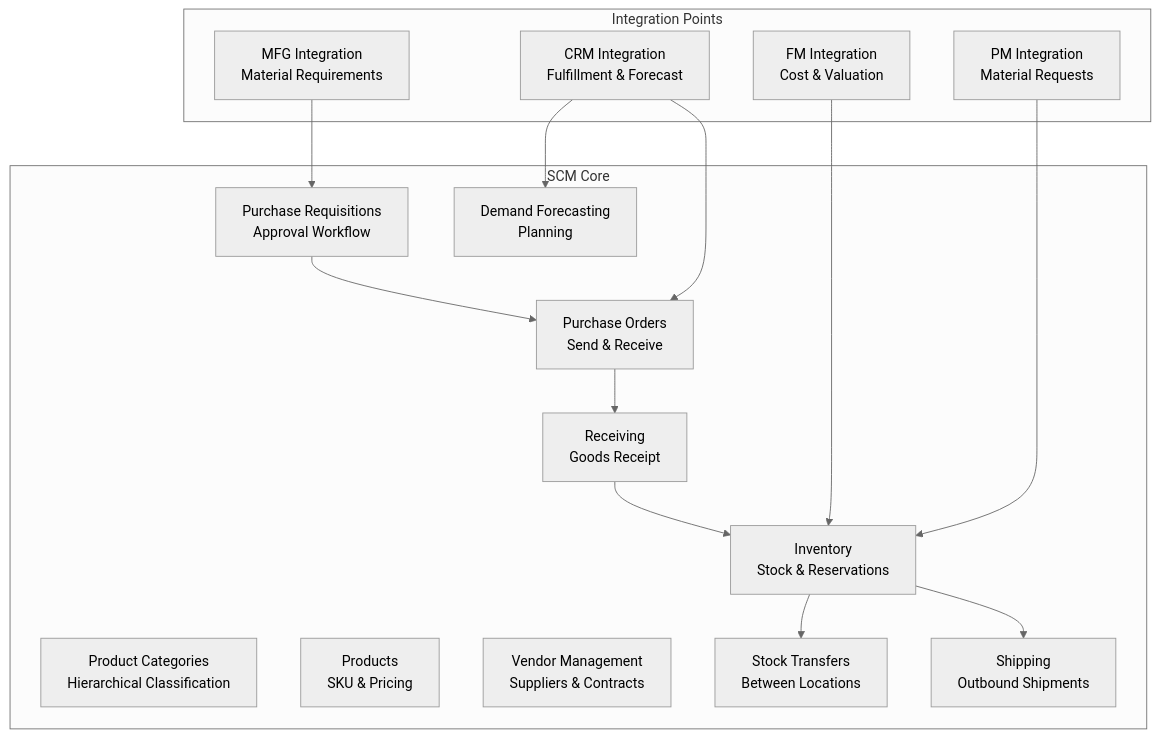
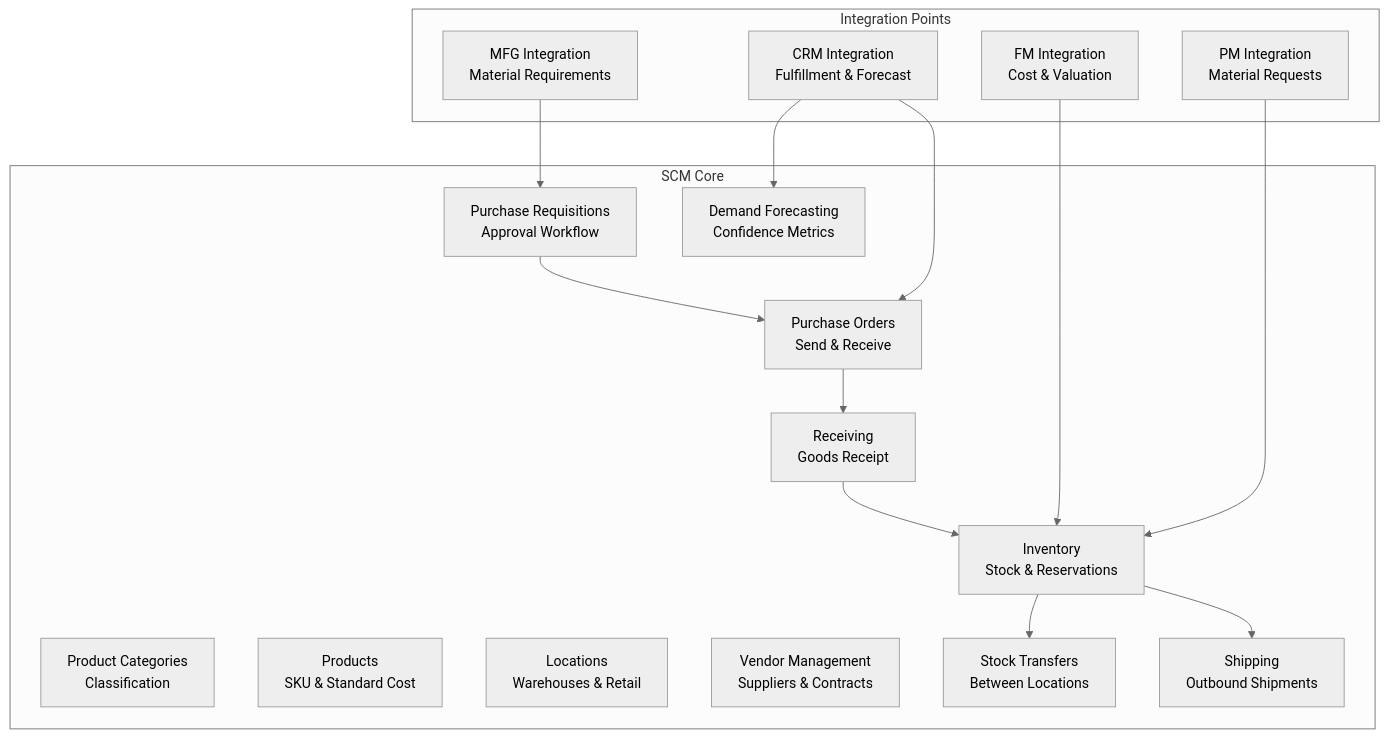
One commit to barbarnyarnyar/erp-system changed the diagram in documentation/modules/supply-chain-management/README.md. Above: the diagram before and after it, drawn with Mermaid (neutral theme). The commit also changed other lines of this file and 45 other files, not shown here.

````diff
--- a/documentation/modules/supply-chain-management/README.md
+++ b/documentation/modules/supply-chain-management/README.md
@@ -7,33 +7,34 @@
 ```mermaid
 graph TB
     subgraph "SCM Core"
-        CAT[Product Categories<br/>Hierarchical Classification]
-        PROD[Products<br/>SKU & Pricing]
+        CAT[Product Categories<br/>Classification]
+        PROD[Products<br/>SKU & Standard Cost]
+        LOC[Locations<br/>Warehouses & Retail]
         VEND[Vendor Management<br/>Suppliers & Contracts]
         REQ[Purchase Requisitions<br/>Approval Workflow]
         PO[Purchase Orders<br/>Send & Receive]
         INV[Inventory<br/>Stock & Reservations]
         TRANS[Stock Transfers<br/>Between Locations]
         RECV[Receiving<br/>Goods Receipt]
         SHIP[Shipping<br/>Outbound Shipments]
-        DEMAND[Demand Forecasting<br/>Planning]
+        DEMAND[Demand Forecasting<br/>Confidence Metrics]
     end
 
     subgraph "Integration Points"
         MFG_INT[MFG Integration<br/>Material Requirements]
         CRM_INT[CRM Integration<br/>Fulfillment & Forecast]
         FM_INT[FM Integration<br/>Cost & Valuation]
         PM_INT[PM Integration<br/>Material Requests]
     end
 
     REQ --> PO
     PO --> RECV
     RECV --> INV
     INV --> SHIP
     INV --> TRANS
     MFG_INT --> REQ
     CRM_INT --> PO
     CRM_INT --> DEMAND
     FM_INT --> INV
     PM_INT --> INV
 ```
````
